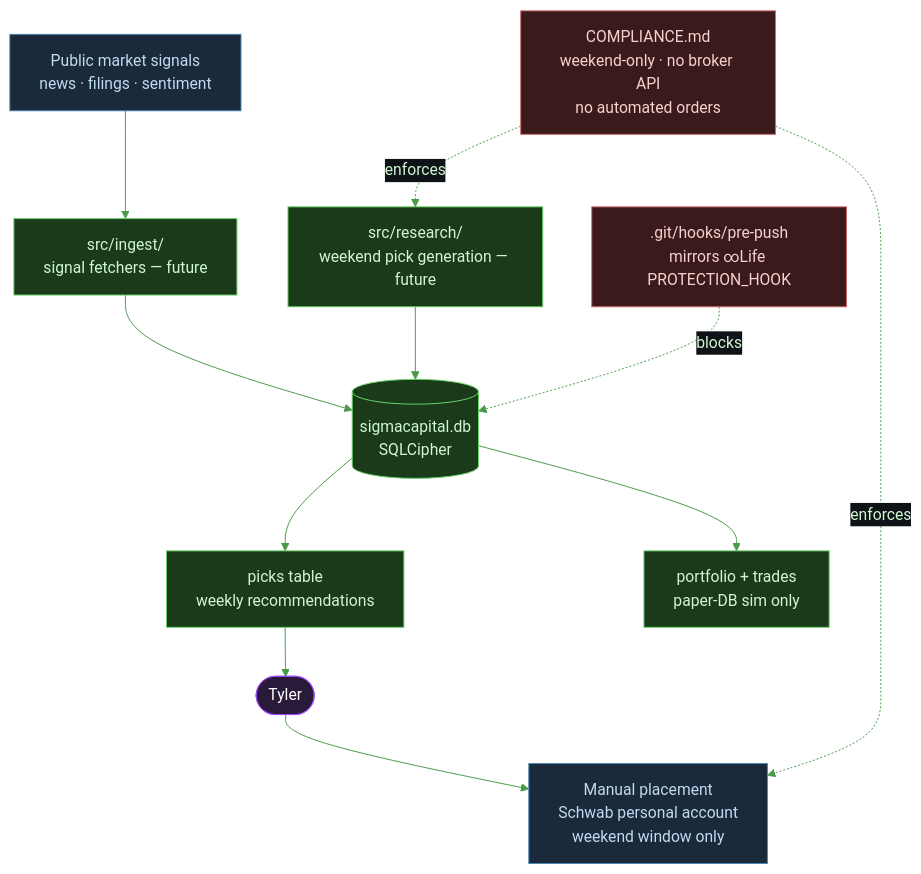
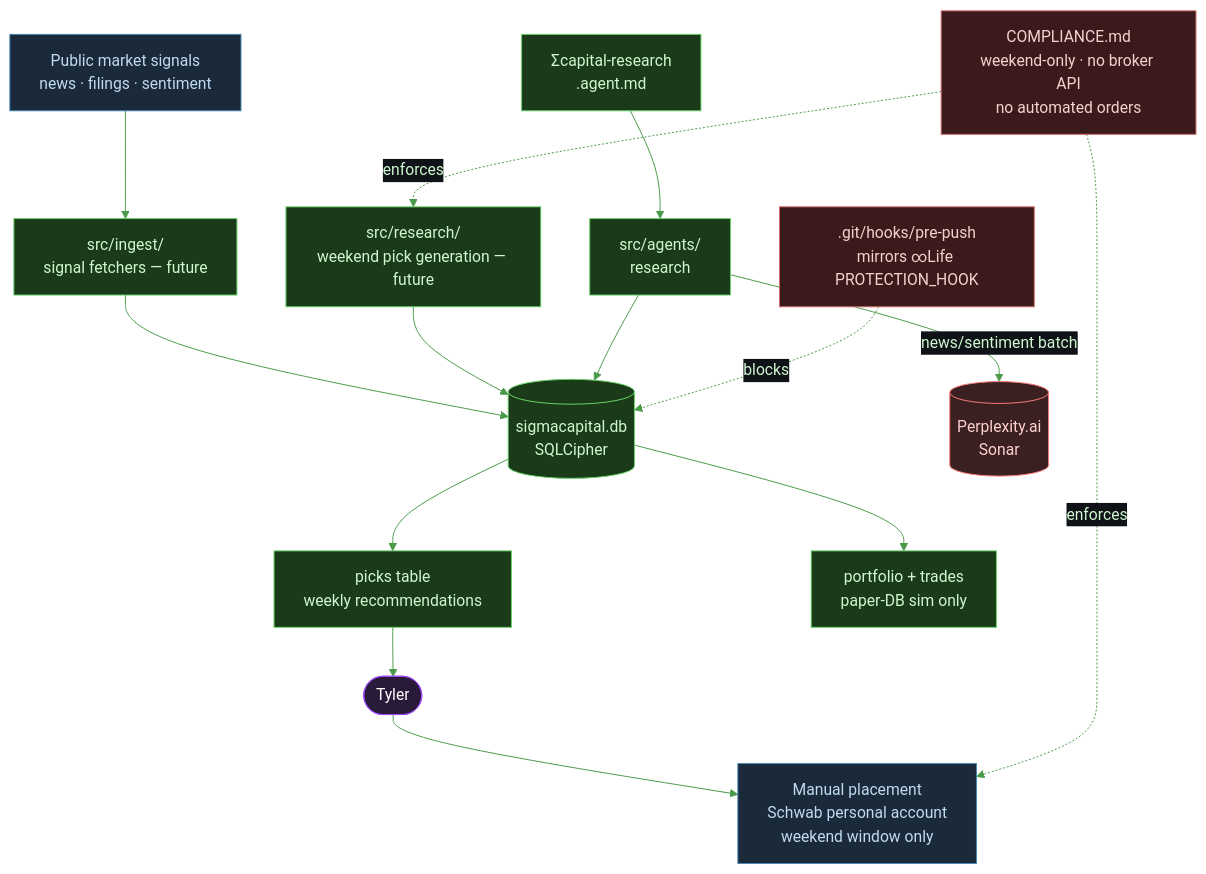
Before and after one commit to tylerdrakemusic/-Workspace: the diagram in diagrams/capital-architecture.mmd, drawn with Mermaid. The commit also changed 3 other files, not shown here.

Commit message:
diagrams(FR-20260601-sigma-research-agent): update capital + workspace topology diagrams

```diff
--- a/diagrams/capital-architecture.mmd
+++ b/diagrams/capital-architecture.mmd
@@ -1,30 +1,35 @@
 %%{init: {'theme': 'base', 'themeVariables': {'primaryColor': '#1a3a1a', 'primaryTextColor': '#d0f8d0', 'edgeLabelBackground': '#0f1318', 'lineColor': '#4a9a4a'}}}%%
 graph TB
     Tyler([Tyler]) --> Manual[Manual placement<br/>Schwab personal account<br/>weekend window only]
     Signals[Public market signals<br/>news · filings · sentiment] --> Ingest[src/ingest/<br/>signal fetchers — future]
     Ingest --> DB[(sigmacapital.db<br/>SQLCipher)]
     Research[src/research/<br/>weekend pick generation — future] --> DB
+    Agents[src/agents/<br/>research] --> DB
+    Agents -->|news/sentiment batch| Perplexity[(Perplexity.ai<br/>Sonar)]
+    ResearchAgent["Σcapital-research<br/>.agent.md"] --> Agents
     DB --> Picks[picks table<br/>weekly recommendations]
     DB --> Portfolio[portfolio + trades<br/>paper-DB sim only]
     Picks --> Tyler
     Compliance[COMPLIANCE.md<br/>weekend-only · no broker API<br/>no automated orders]:::guard
     Compliance -.enforces.-> Manual
     Compliance -.enforces.-> Research
     Hook[.git/hooks/pre-push<br/>mirrors ∞Life PROTECTION_HOOK]:::guard
     Hook -.blocks.-> DB
     class Signals,Manual io
     class Ingest,Research,Picks,Portfolio,DB core
+    class Agents,ResearchAgent core
+    class Perplexity ext
     class Tyler tyler
 
 classDef life     fill:#1a2e3a,stroke:#6ab4d4,color:#d0ecf8
 classDef music    fill:#3a1a24,stroke:#d47a8f,color:#f8d0dc
 classDef quantum  fill:#251a3a,stroke:#a07adf,color:#e8d0f8
 classDef manifest fill:#3a2e1a,stroke:#d4a96a,color:#f8ead0
 classDef capital  fill:#1a3a1a,stroke:#6ad46a,color:#d0f8d0
 classDef ws       fill:#1a3a30,stroke:#6ad4b4,color:#d0f8ee
 classDef tyler    fill:#2a1a3a,stroke:#9e4aff,color:#fff
 classDef ext      fill:#3a2020,stroke:#ff7a7a,color:#ffd0d0
 classDef db       fill:#3a3010,stroke:#d4c050,color:#f8f0c0
 classDef io       fill:#1a2a3a,stroke:#4a8ab4,color:#c0daf0
 classDef core     fill:#1a3a1a,stroke:#6ad46a,color:#d0f8d0
 classDef guard    fill:#3a1a1a,stroke:#d46a6a,color:#f8d0d0
```
